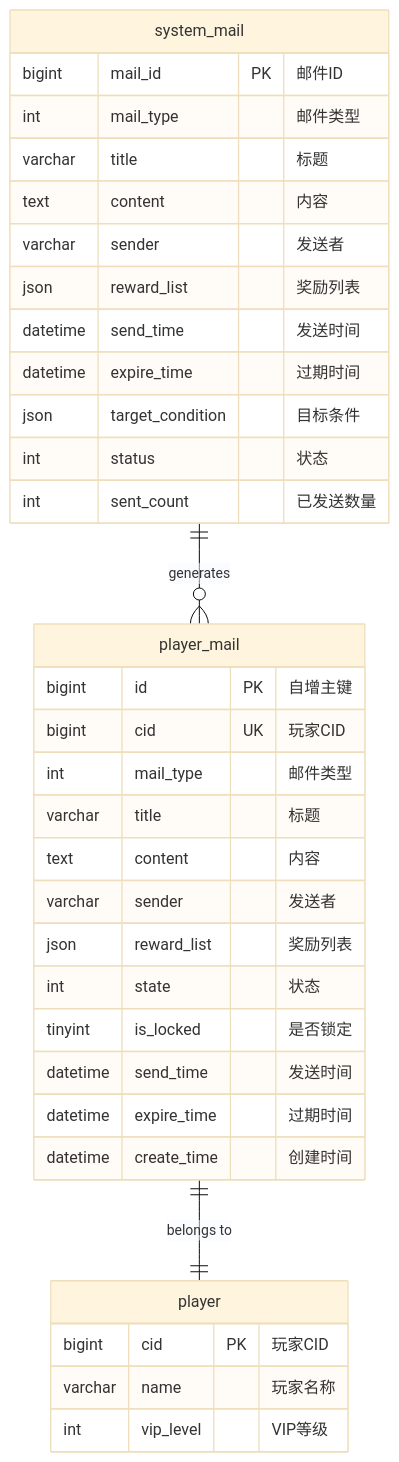
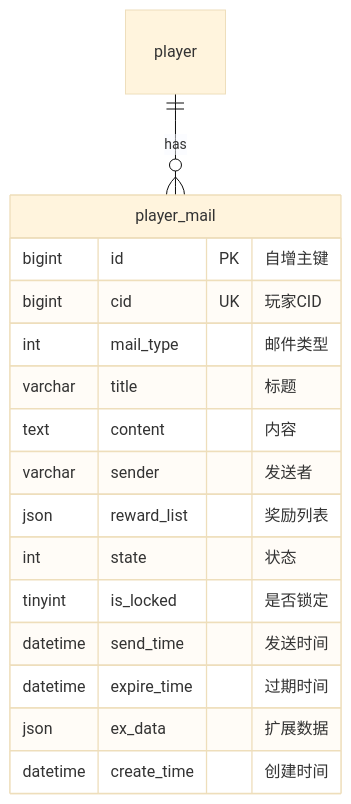
The seventh of 10 diagrams in docs/Module_Mail/01_数据配表.md (Alan-Ben/k2c_game_framework), drawn with Mermaid (base theme) before and after one commit. The commit also changed other lines of this file and 10 other files, not shown here.

Commit message:
docs: 完善 Consort/Mail/Rank 模块文档 - mermaid图、代码示例、完整字段列表

````diff
--- a/docs/Module_Mail/01_数据配表.md
+++ b/docs/Module_Mail/01_数据配表.md
@@ -486,40 +965,20 @@
 ```mermaid
 erDiagram
-    player_mail ||--|| player : "belongs to"
-    system_mail ||--o{ player_mail : "generates"
-
     player_mail {
         bigint id PK "自增主键"
         bigint cid UK "玩家CID"
         int mail_type "邮件类型"
         varchar title "标题"
         text content "内容"
         varchar sender "发送者"
         json reward_list "奖励列表"
         int state "状态"
         tinyint is_locked "是否锁定"
         datetime send_time "发送时间"
         datetime expire_time "过期时间"
+        json ex_data "扩展数据"
         datetime create_time "创建时间"
     }
 
-    system_mail {
-        bigint mail_id PK "邮件ID"
-        int mail_type "邮件类型"
-        varchar title "标题"
-        text content "内容"
-        varchar sender "发送者"
-        json reward_list "奖励列表"
-        datetime send_time "发送时间"
-        datetime expire_time "过期时间"
-        json target_condition "目标条件"
-        int status "状态"
-        int sent_count "已发送数量"
-    }
-
-    player {
-        bigint cid PK "玩家CID"
-        varchar name "玩家名称"
-        int vip_level "VIP等级"
-    }
+    player ||--o{ player_mail : "has"
 ```
````
